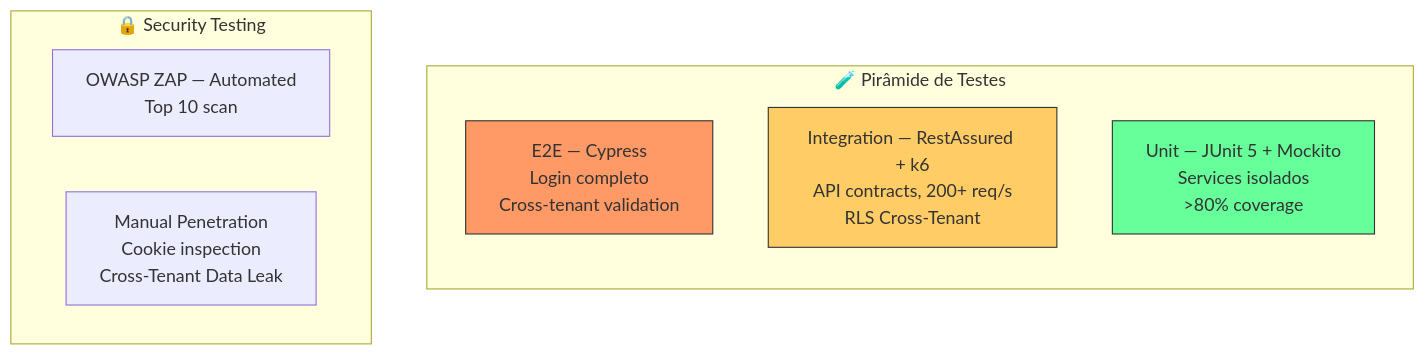
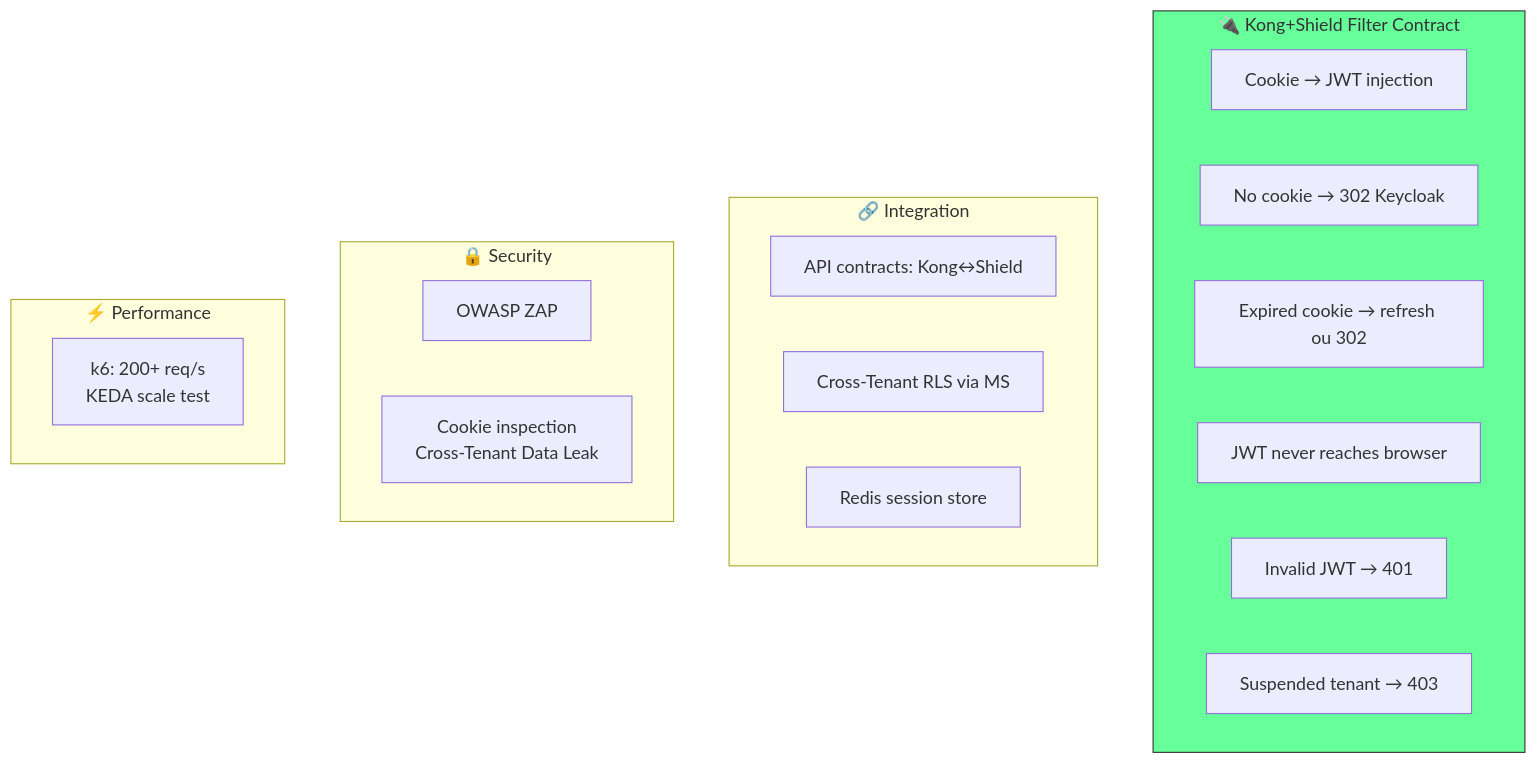
The diagram in business-inputs/business-projects/PRJ-TEC-2026-0004-PROJETO-SHIELD/13-TEST-PLAN-PRJ-TEC-2026-0004-PROJETO-SHIELD.md (bolismar69/workspace-fbso), drawn with Mermaid before and after one commit. The commit also changed other lines of this file and 7 other files, not shown here.

````diff
--- a/business-inputs/business-projects/PRJ-TEC-2026-0004-PROJETO-SHIELD/13-TEST-PLAN-PRJ-TEC-2026-0004-PROJETO-SHIELD.md
+++ b/business-inputs/business-projects/PRJ-TEC-2026-0004-PROJETO-SHIELD/13-TEST-PLAN-PRJ-TEC-2026-0004-PROJETO-SHIELD.md
@@ -15,18 +15,28 @@
 ```mermaid
 flowchart TB
-    subgraph Pyramid["🧪 Pirâmide de Testes"]
-        direction TB
-        E2E["E2E — Cypress\nLogin completo\nCross-tenant validation"]
-        Integration["Integration — RestAssured + k6\nAPI contracts, 200+ req/s\nRLS Cross-Tenant"]
-        Unit["Unit — JUnit 5 + Mockito\nServices isolados\n>80% coverage"]
+    subgraph Filter["🔌 Kong+Shield Filter Contract"]
+        FC1["Cookie → JWT injection"]
+        FC2["No cookie → 302 Keycloak"]
+        FC3["Expired cookie → refresh ou 302"]
+        FC4["JWT never reaches browser"]
+        FC5["Invalid JWT → 401"]
+        FC6["Suspended tenant → 403"]
     end
 
-    subgraph Security["🔒 Security Testing"]
-        ZAP["OWASP ZAP — Automated\nTop 10 scan"]
-        Manual["Manual Penetration\nCookie inspection\nCross-Tenant Data Leak"]
+    subgraph Integration["🔗 Integration"]
+        API["API contracts: Kong↔Shield"]
+        RLS["Cross-Tenant RLS via MS"]
+        Redis["Redis session store"]
     end
 
-    style E2E fill:#f96,stroke:#333
-    style Integration fill:#fc6,stroke:#333
-    style Unit fill:#6f9,stroke:#333
+    subgraph Security["🔒 Security"]
+        ZAP["OWASP ZAP"]
+        Manual["Cookie inspection\nCross-Tenant Data Leak"]
+    end
+
+    subgraph Perf["⚡ Performance"]
+        k6["k6: 200+ req/s\nKEDA scale test"]
+    end
+
+    style Filter fill:#6f9,stroke:#333
 ```
````
